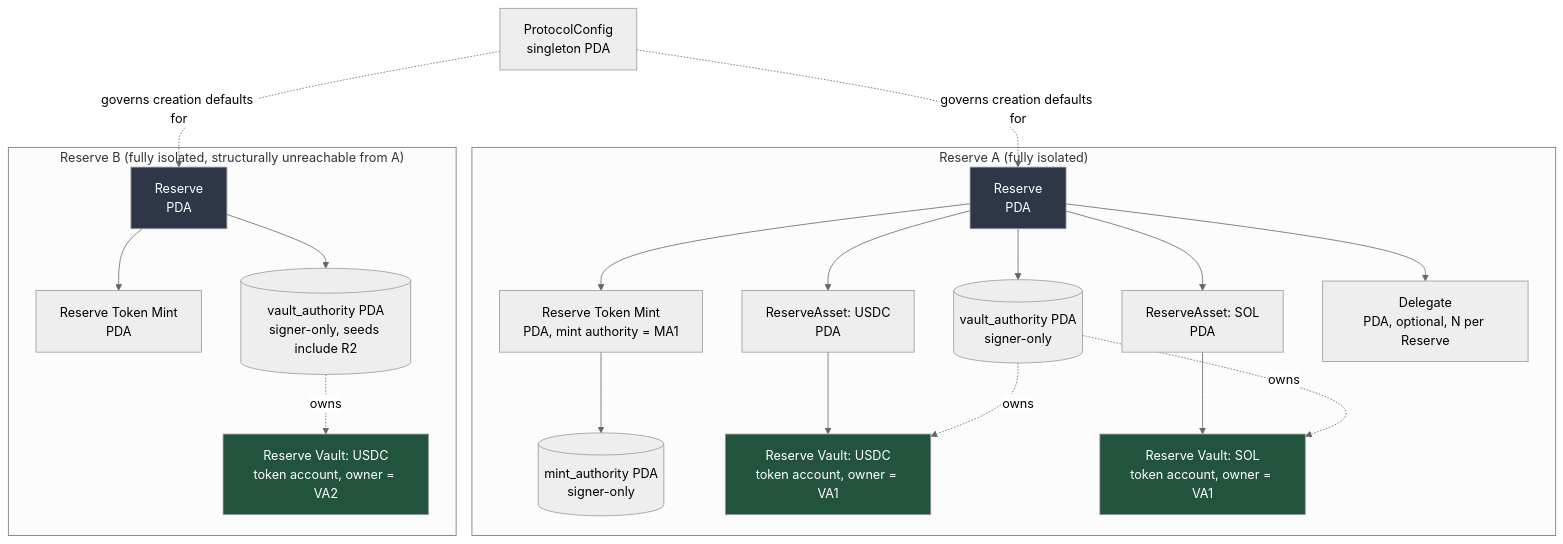
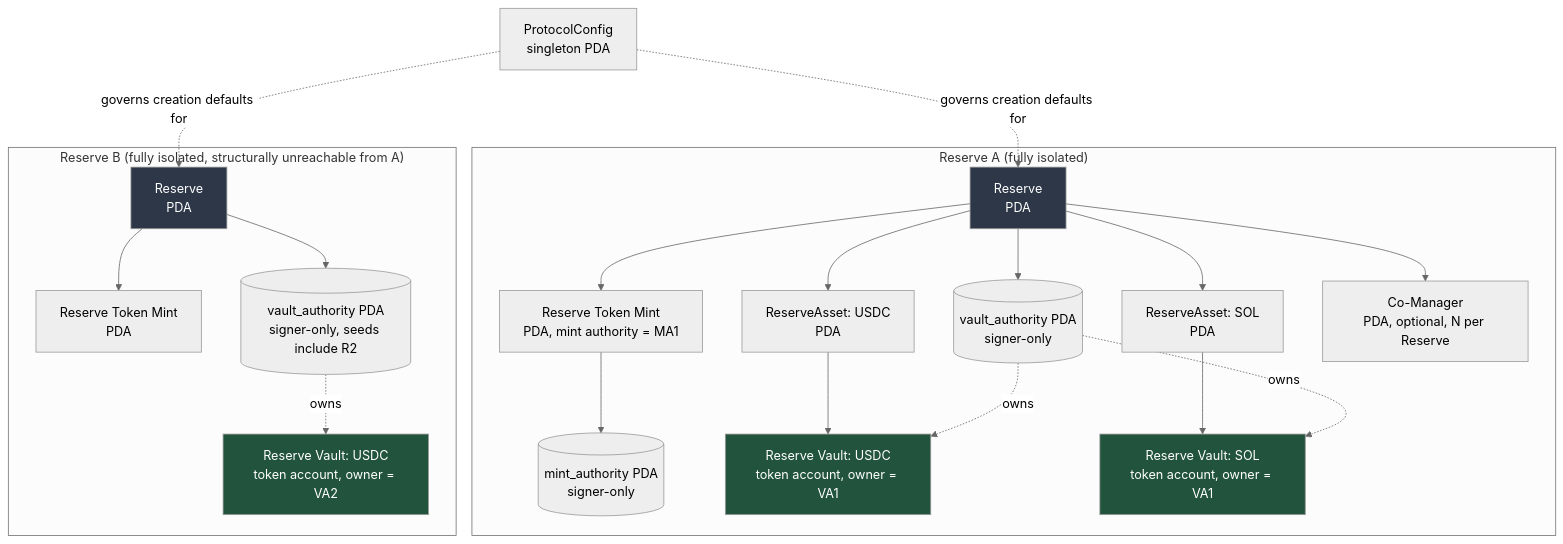
One commit to JRA-EF/SSR.FUN changed the first of 2 diagrams in docs/protocol/ACCOUNT_MODEL.md. Above: the diagram before and after it, drawn with Mermaid (neutral theme). The commit also changed other lines of this file and 30 other files, not shown here.

````diff
--- a/docs/protocol/ACCOUNT_MODEL.md
+++ b/docs/protocol/ACCOUNT_MODEL.md
@@ -11,44 +11,44 @@
 ```mermaid
 graph TD
     PC[ProtocolConfig<br/>singleton PDA] -.governs creation defaults for.-> R1
     PC -.governs creation defaults for.-> R2
 
     subgraph "Reserve A (fully isolated)"
         R1[Reserve<br/>PDA]
         RTM1[Reserve Token Mint<br/>PDA, mint authority = MA1]
         MA1[(mint_authority PDA<br/>signer-only)]
         VA1[(vault_authority PDA<br/>signer-only)]
         RA1a[ReserveAsset: USDC<br/>PDA]
         RA1b[ReserveAsset: SOL<br/>PDA]
         V1a[Reserve Vault: USDC<br/>token account, owner = VA1]
         V1b[Reserve Vault: SOL<br/>token account, owner = VA1]
-        D1[Delegate<br/>PDA, optional, N per Reserve]
+        D1[Co-Manager<br/>PDA, optional, N per Reserve]
 
         R1 --> RTM1
         RTM1 --> MA1
         R1 --> VA1
         R1 --> RA1a
         R1 --> RA1b
         RA1a --> V1a
         RA1b --> V1b
         VA1 -. owns .-> V1a
         VA1 -. owns .-> V1b
         R1 --> D1
     end
 
     subgraph "Reserve B (fully isolated, structurally unreachable from A)"
         R2[Reserve<br/>PDA]
         RTM2[Reserve Token Mint<br/>PDA]
         V2a[Reserve Vault: USDC<br/>token account, owner = VA2]
         VA2[(vault_authority PDA<br/>signer-only, seeds include R2)]
         R2 --> RTM2
         R2 --> VA2
         VA2 -. owns .-> V2a
     end
 
     style R1 fill:#2d3748,color:#fff
     style R2 fill:#2d3748,color:#fff
     style V1a fill:#22543d,color:#fff
     style V1b fill:#22543d,color:#fff
     style V2a fill:#22543d,color:#fff
 ```
````
